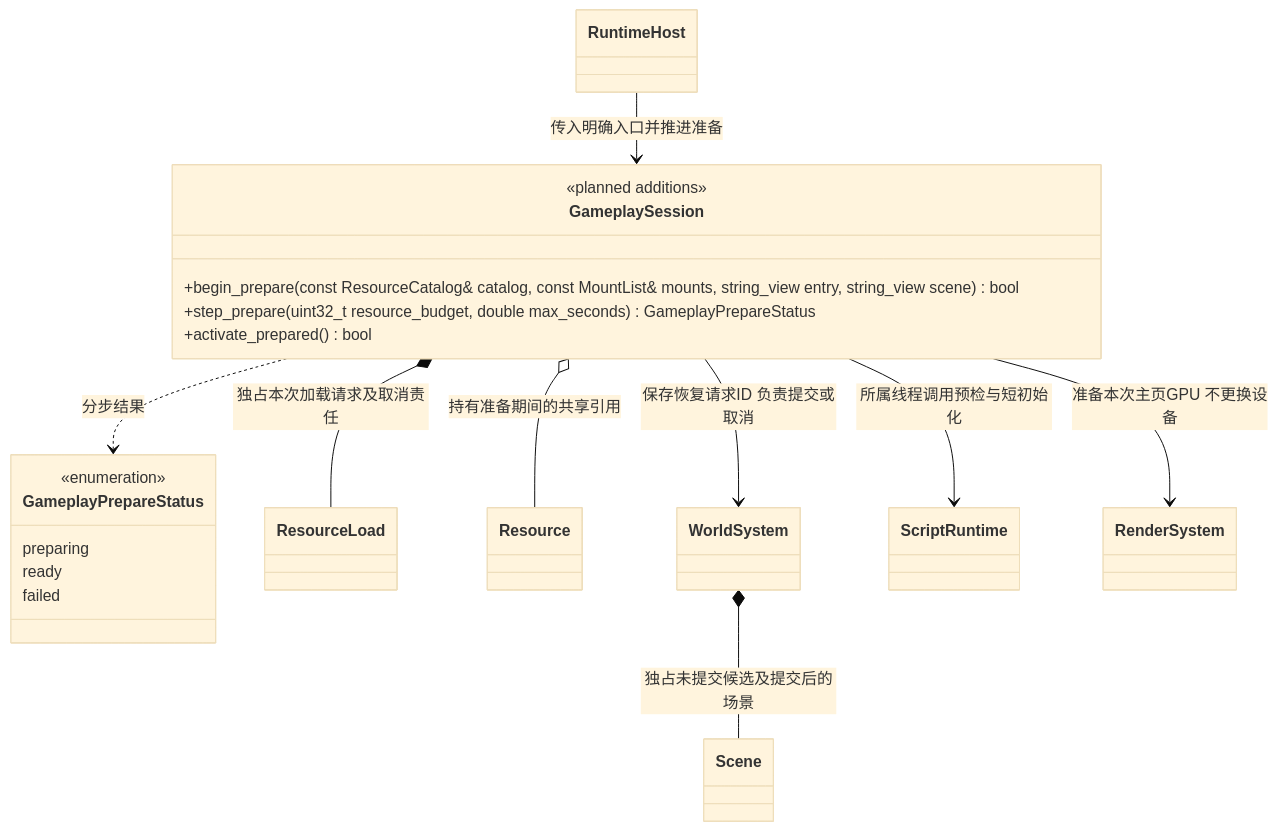
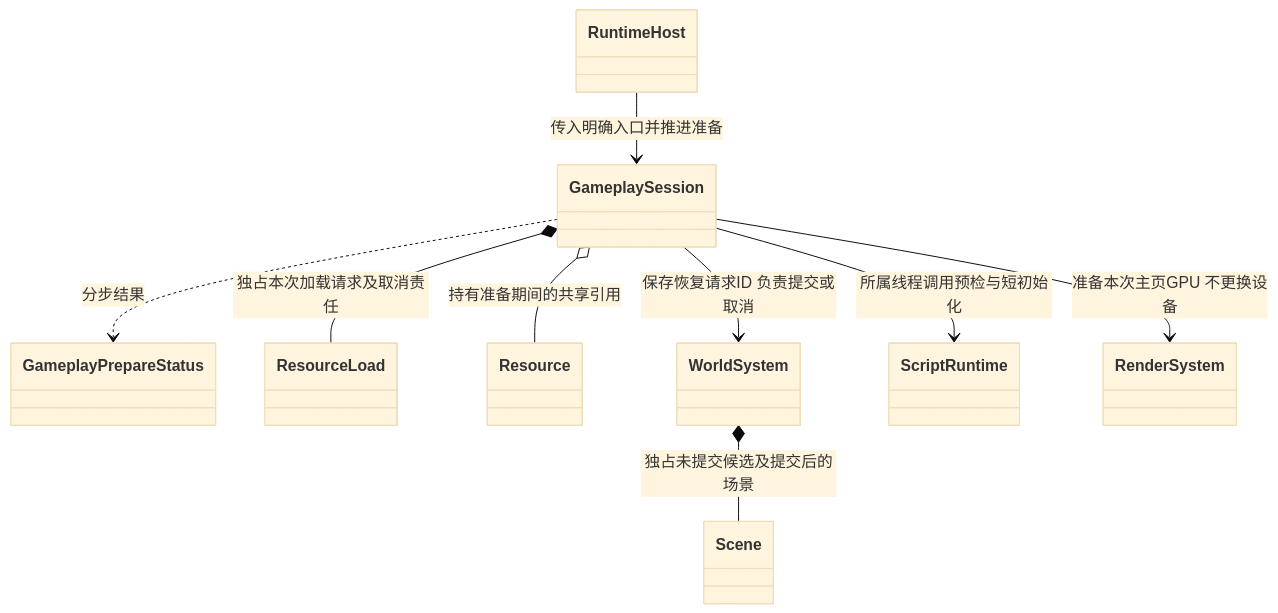
One commit to lcals/Engine changed the third of 4 diagrams in docs/runtime/class-diagrams/movie-startup.md. Above: the diagram before and after it, drawn with Mermaid (base theme). The commit also changed other lines of this file and 44 other files, not shown here.

````diff
--- a/docs/runtime/class-diagrams/movie-startup.md
+++ b/docs/runtime/class-diagrams/movie-startup.md
@@ -164,30 +150,20 @@
 ```mermaid
 classDiagram
-    class GameplaySession {
-        <<planned additions>>
-        +begin_prepare(const ResourceCatalog& catalog, const MountList& mounts, string_view entry, string_view scene) bool
-        +step_prepare(uint32_t resource_budget, double max_seconds) GameplayPrepareStatus
-        +activate_prepared() bool
-    }
-    class GameplayPrepareStatus {
-        <<enumeration>>
-        preparing
-        ready
-        failed
-    }
+    class GameplaySession
+    class GameplayPrepareStatus
     class ResourceLoad
     class Resource
     class WorldSystem
     class Scene
     class ScriptRuntime
     class RenderSystem
     class RuntimeHost
     GameplaySession *-- ResourceLoad : 独占本次加载请求及取消责任
     GameplaySession o-- Resource : 持有准备期间的共享引用
     GameplaySession --> WorldSystem : 保存恢复请求ID 负责提交或取消
     WorldSystem *-- Scene : 独占未提交候选及提交后的场景
     GameplaySession --> ScriptRuntime : 所属线程调用预检与短初始化
     GameplaySession --> RenderSystem : 准备本次主页GPU 不更换设备
     GameplaySession ..> GameplayPrepareStatus : 分步结果
     RuntimeHost --> GameplaySession : 传入明确入口并推进准备
 ```
````
